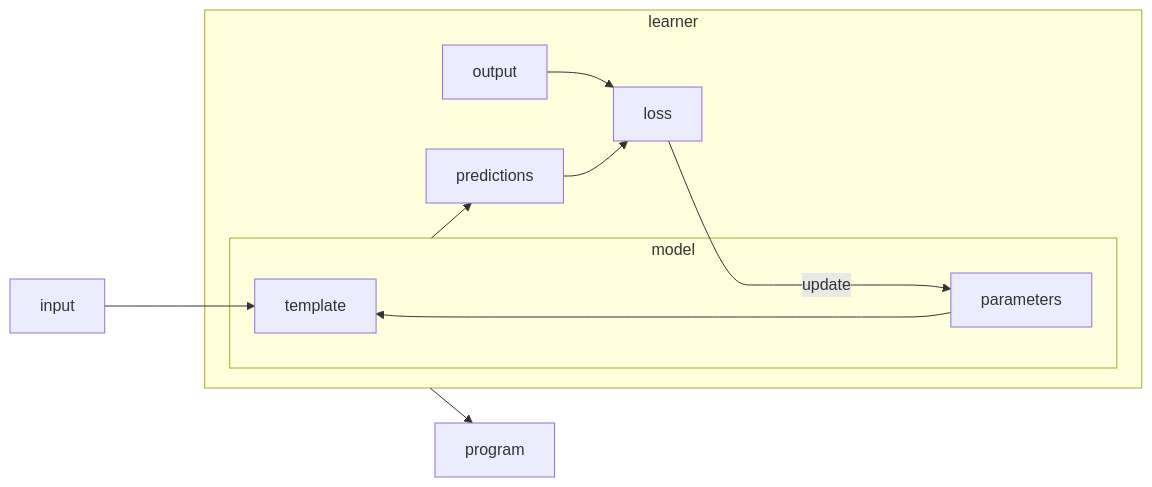
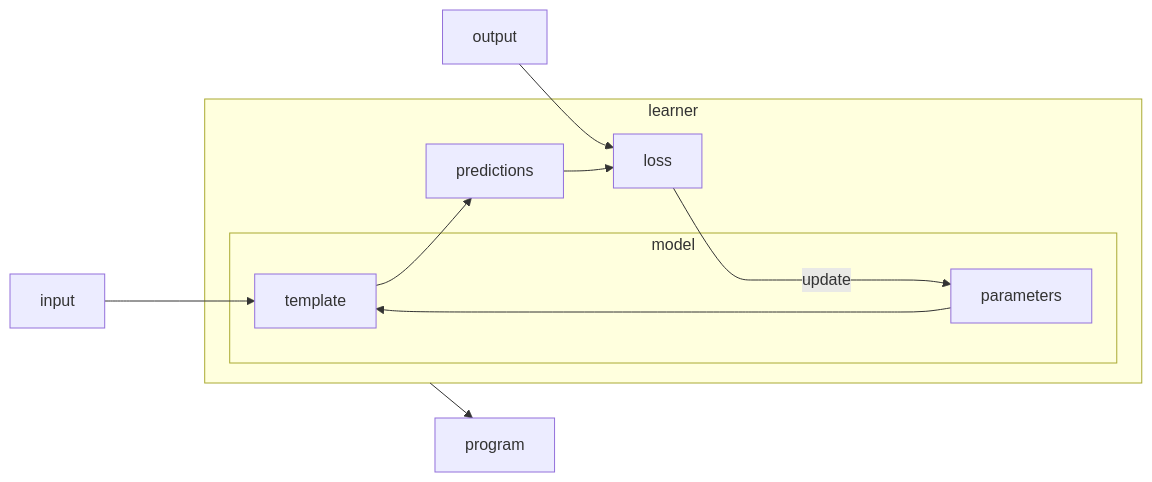
Before and after one commit to nicoladerric/nicoladerric.github.io: the third of 3 diagrams in _posts/2023-08-16-rivoluzione.md, drawn with Mermaid.

````diff
--- a/_posts/2023-08-16-rivoluzione.md
+++ b/_posts/2023-08-16-rivoluzione.md
@@ -53,14 +53,14 @@
 ```mermaid
 flowchart LR;
     input ---> template;
+    output --> loss;
     subgraph learner
         subgraph model
         parameters --> template;
         end
-    output --> loss;
-    model --> predictions;
+    template --> predictions;
     predictions --> loss;
     loss -----> |update|parameters;
     end
     learner --> program
 ```
````
